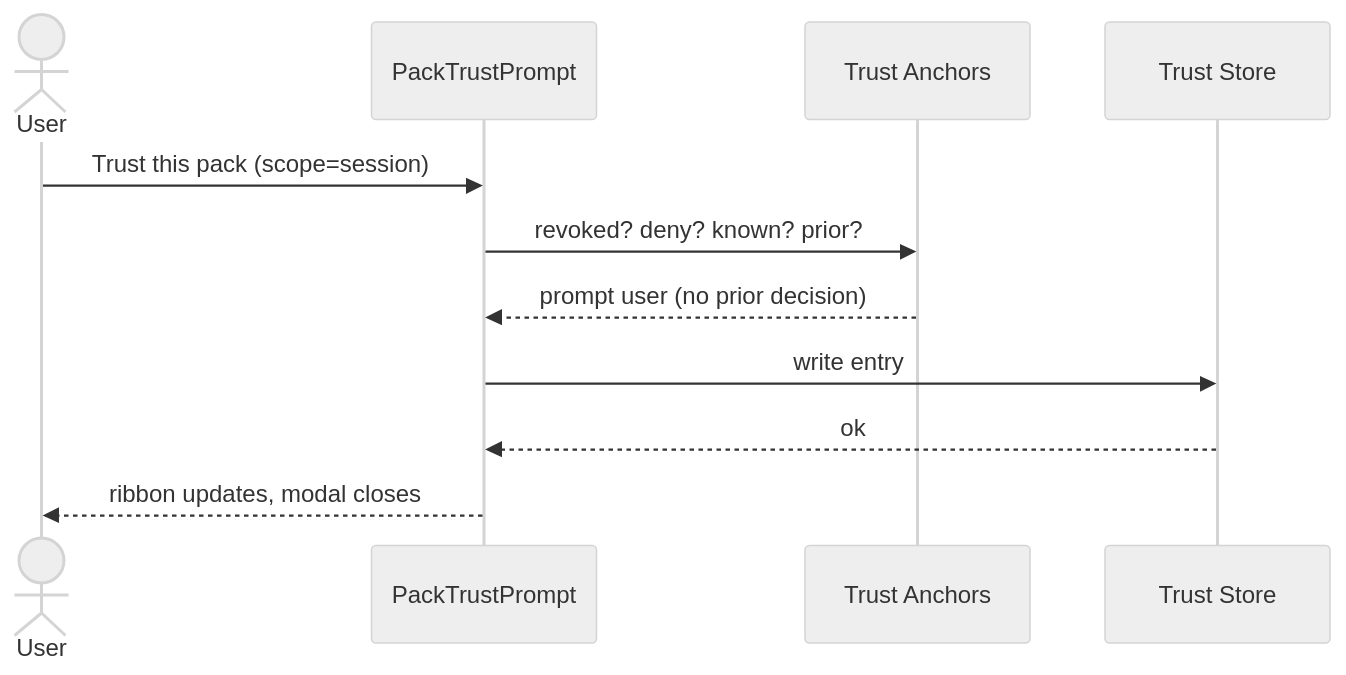
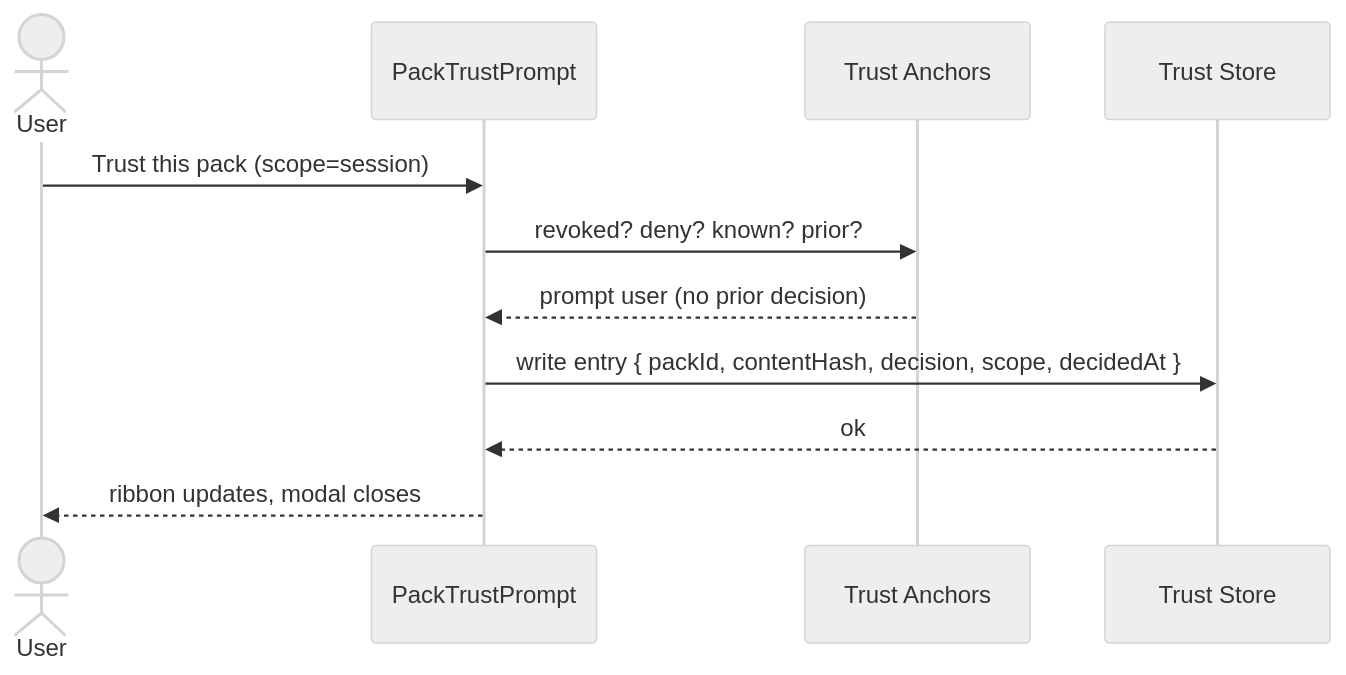
One commit to SunaNoOshiro/Heroes_Reforged_AI_Realms changed the third of 4 diagrams in docs/architecture/wiki/screens/72-pack-trust-prompt/architecture.md. Above: the diagram before and after it, drawn with Mermaid (neutral theme). The commit also changed other lines of this file and 518 other files, not shown here.

First line of the commit message:
Add doc-audit skill and sweep architecture/screen docs

````diff
--- a/docs/architecture/wiki/screens/72-pack-trust-prompt/architecture.md
+++ b/docs/architecture/wiki/screens/72-pack-trust-prompt/architecture.md
@@ -46,14 +56,14 @@
 ```mermaid
 sequenceDiagram
   actor User
   participant UI as PackTrustPrompt
   participant Anchors as Trust Anchors
   participant TS as Trust Store
 
   User->>UI: Trust this pack (scope=session)
   UI->>Anchors: revoked? deny? known? prior?
   Anchors-->>UI: prompt user (no prior decision)
-  UI->>TS: write entry
+  UI->>TS: write entry { packId, contentHash, decision, scope, decidedAt }
   TS-->>UI: ok
   UI-->>User: ribbon updates, modal closes
 ```
````
